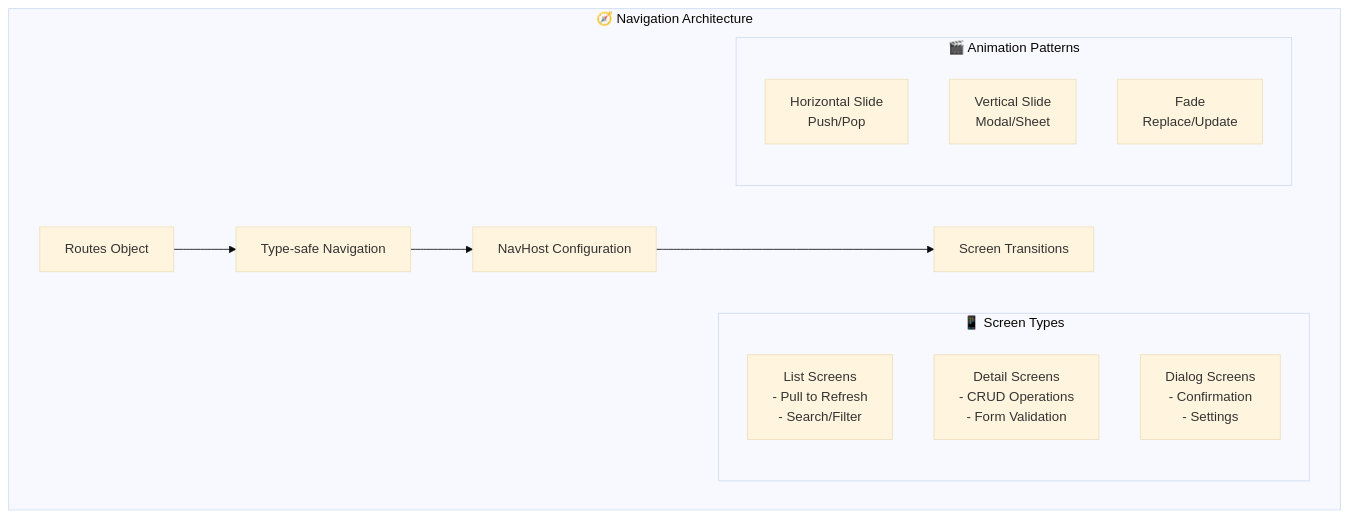
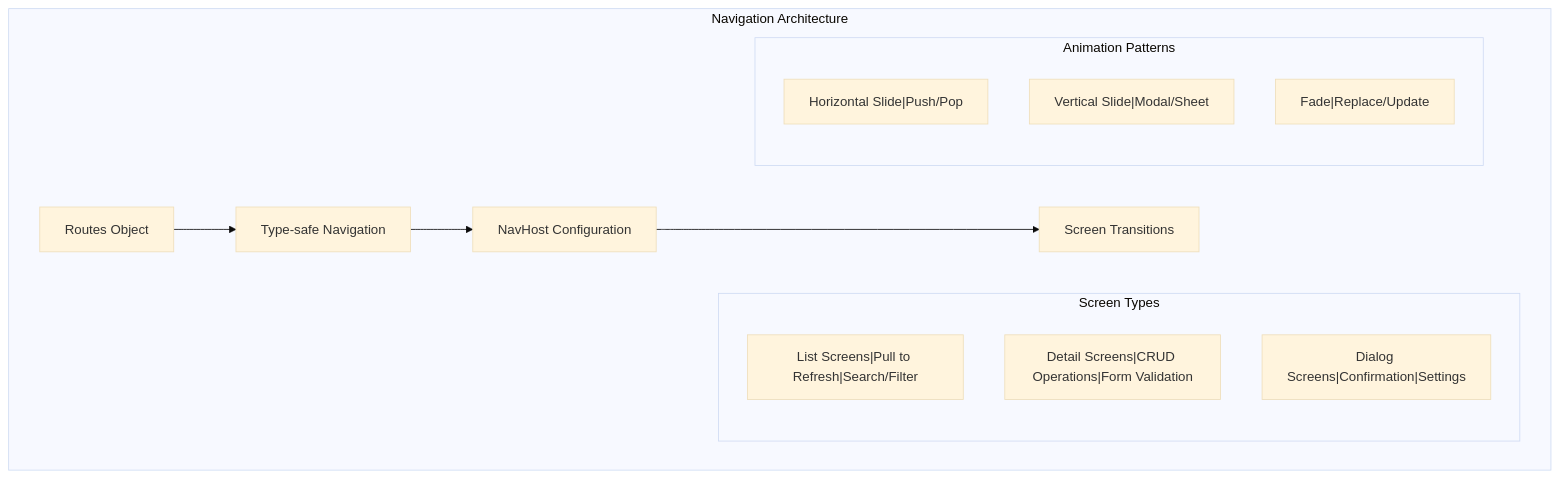
The seventh of 10 diagrams in ARCHITECTURE_GUIDE.md (shimanukims/android-base), drawn with Mermaid (base theme) before and after one commit. The commit also changed other lines of this file, not shown here.

Commit message:
change architecture guide

````diff
--- a/ARCHITECTURE_GUIDE.md
+++ b/ARCHITECTURE_GUIDE.md
@@ -224,20 +380,20 @@
 ```mermaid
 graph TD
-    subgraph "🧭 Navigation Architecture"
+    subgraph NavigationArchitecture ["Navigation Architecture"]
         A[Routes Object] --> B[Type-safe Navigation]
         B --> C[NavHost Configuration]
         C --> D[Screen Transitions]
         
-        subgraph "📱 Screen Types"
-            E[List Screens<br/>- Pull to Refresh<br/>- Search/Filter]
-            F[Detail Screens<br/>- CRUD Operations<br/>- Form Validation]
-            G[Dialog Screens<br/>- Confirmation<br/>- Settings]
+        subgraph ScreenTypes ["Screen Types"]
+            E["List Screens|Pull to Refresh|Search/Filter"]
+            F["Detail Screens|CRUD Operations|Form Validation"]
+            G["Dialog Screens|Confirmation|Settings"]
         end
         
-        subgraph "🎬 Animation Patterns"
-            H[Horizontal Slide<br/>Push/Pop]
-            I[Vertical Slide<br/>Modal/Sheet]
-            J[Fade<br/>Replace/Update]
+        subgraph AnimationPatterns ["Animation Patterns"]
+            H["Horizontal Slide|Push/Pop"]
+            I["Vertical Slide|Modal/Sheet"]
+            J["Fade|Replace/Update"]
         end
     end
 ```
````
